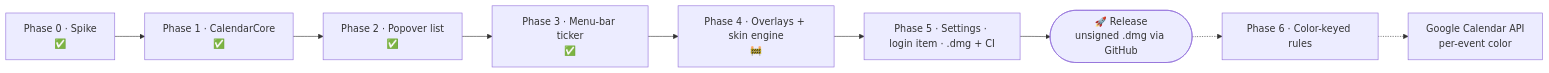
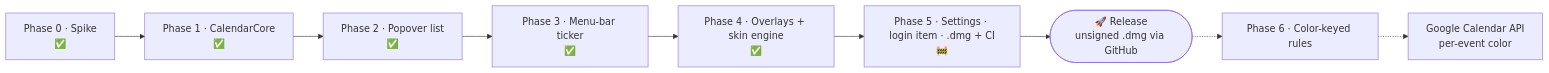
The diagram in README.md (subliker/SubNotes), drawn with Mermaid before and after one commit. The commit also changed other lines of this file and 6 other files, not shown here.

````diff
--- a/README.md
+++ b/README.md
@@ -23,11 +23,11 @@
 ```mermaid
 flowchart LR
     P0["Phase 0 · Spike<br/>✅"] --> P1["Phase 1 · CalendarCore<br/>✅"]
     P1 --> P2["Phase 2 · Popover list<br/>✅"]
     P2 --> P3["Phase 3 · Menu-bar ticker<br/>✅"]
-    P3 --> P4["Phase 4 · Overlays + skin engine<br/>🚧"]
-    P4 --> P5["Phase 5 · Settings · login item · .dmg + CI"]
+    P3 --> P4["Phase 4 · Overlays + skin engine<br/>✅"]
+    P4 --> P5["Phase 5 · Settings · login item · .dmg + CI<br/>🚧"]
     P5 --> REL(["🚀 Release<br/>unsigned .dmg via GitHub"])
     REL -.-> P6["Phase 6 · Color-keyed rules"]
     P6 -.-> GA["Google Calendar API<br/>per-event color"]
 ```
````
